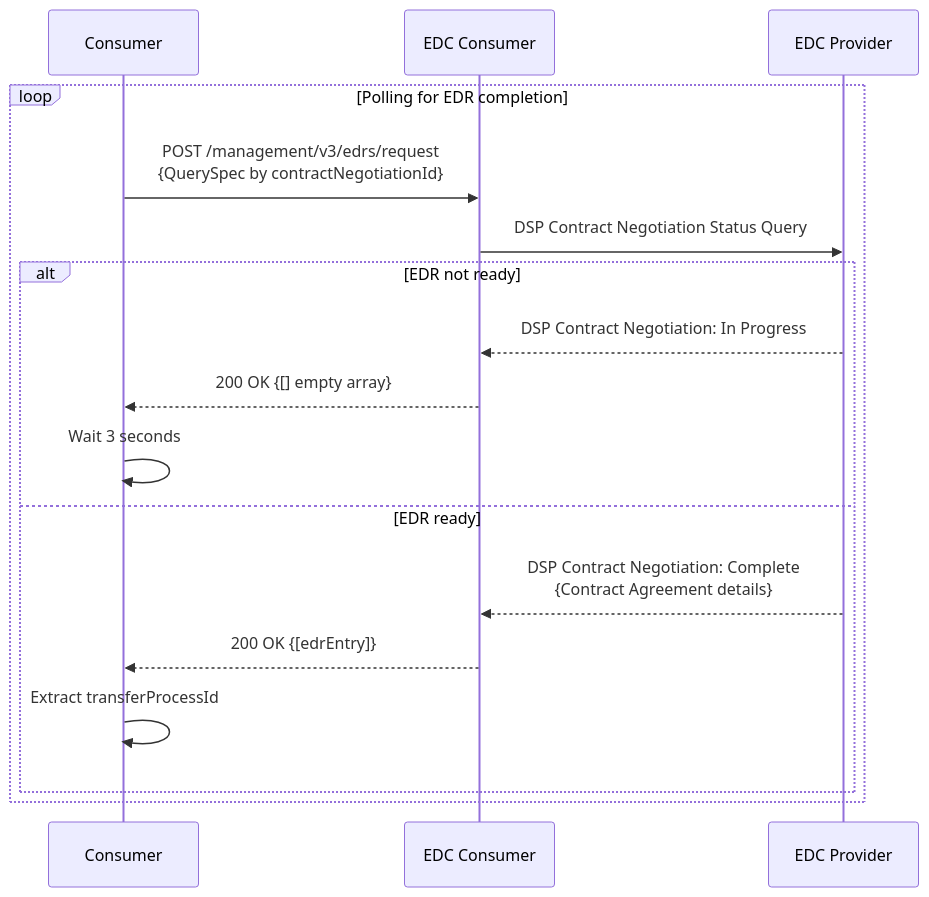
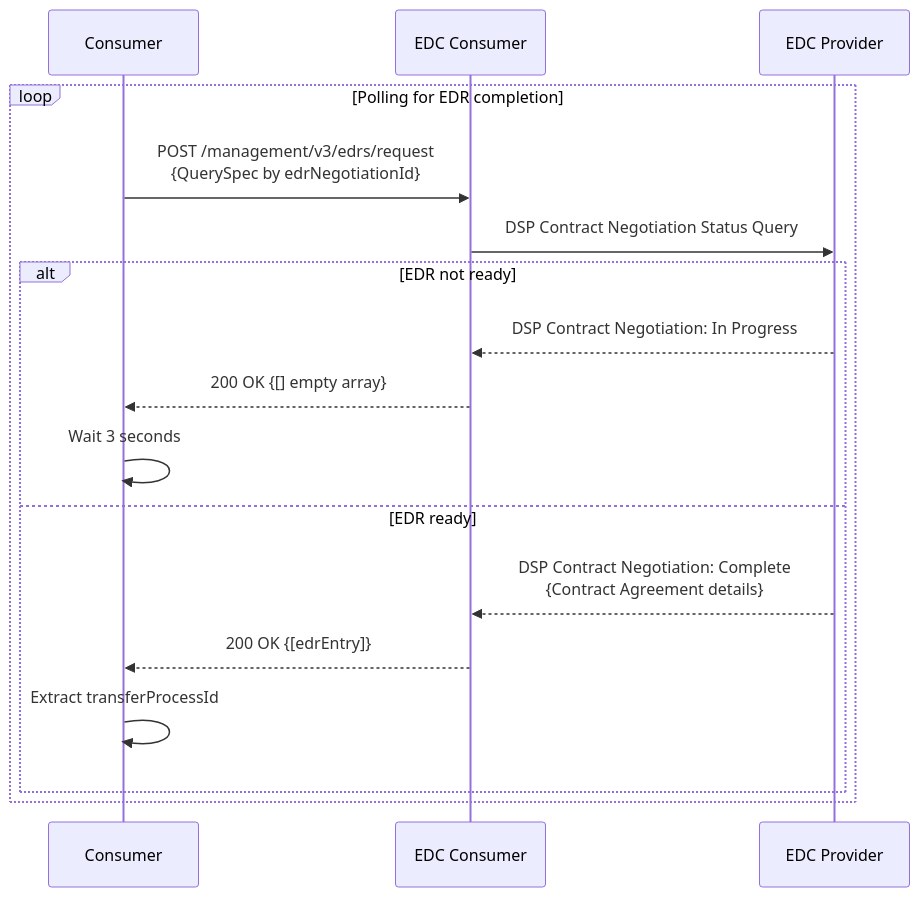
The sixth of 8 diagrams in scripts/README.md (borrmann-dev/construct-x-edge-k8s), drawn with Mermaid before and after one commit.

Commit message:
corrected

````diff
--- a/scripts/README.md
+++ b/scripts/README.md
@@ -110,20 +110,20 @@
 ```mermaid
 sequenceDiagram
     participant Consumer
     participant EDC_Consumer as EDC Consumer
     participant EDC_Provider as EDC Provider
 
     loop Polling for EDR completion
-        Consumer->>EDC_Consumer: POST /management/v3/edrs/request<br/>{QuerySpec by contractNegotiationId}
+        Consumer->>EDC_Consumer: POST /management/v3/edrs/request<br/>{QuerySpec by edrNegotiationId}
         EDC_Consumer->>EDC_Provider: DSP Contract Negotiation Status Query
         alt EDR not ready
             EDC_Provider-->>EDC_Consumer: DSP Contract Negotiation: In Progress
             EDC_Consumer-->>Consumer: 200 OK {[] empty array}
             Consumer->>Consumer: Wait 3 seconds
         else EDR ready
             EDC_Provider-->>EDC_Consumer: DSP Contract Negotiation: Complete<br/>{Contract Agreement details}
             EDC_Consumer-->>Consumer: 200 OK {[edrEntry]}
             Consumer->>Consumer: Extract transferProcessId
         end
     end
 ```
````
